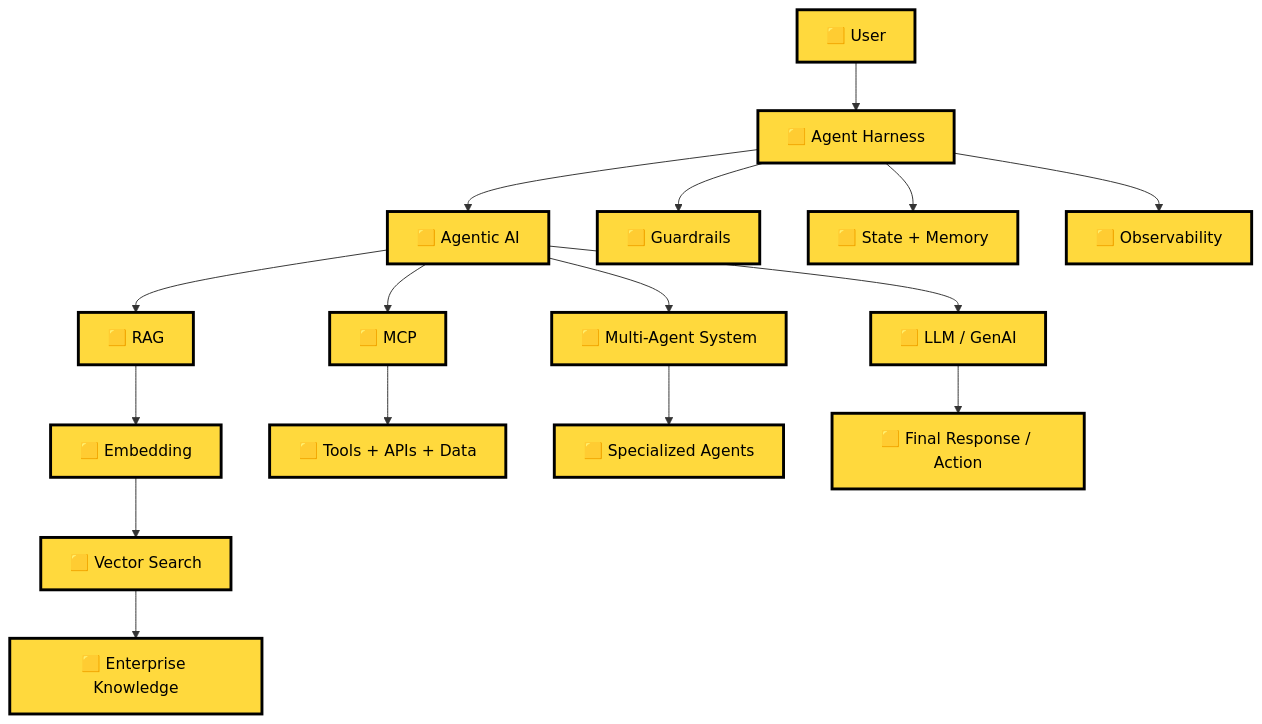
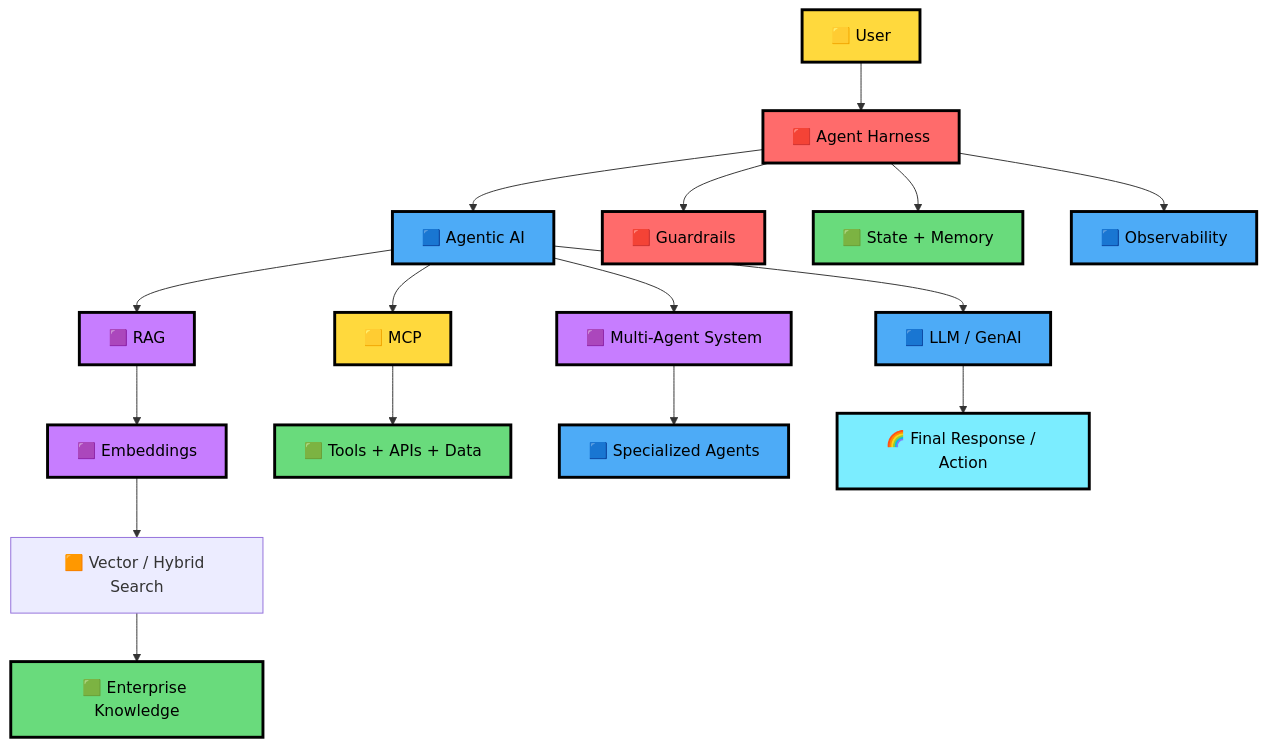
One commit to azam123/awesome-ai-engineer changed diagram 40 of 40 in GenAI-AgenticAI-MultiAgent-RAG-AgentHarness.md. Above: the diagram before and after it, drawn with Mermaid. The commit also changed other lines of this file, not shown here.

Commit message:
docs: enhance AI mental model with colorful concept flows

````diff
--- a/GenAI-AgenticAI-MultiAgent-RAG-AgentHarness.md
+++ b/GenAI-AgenticAI-MultiAgent-RAG-AgentHarness.md
@@ -4691,26 +4771,38 @@
 ```mermaid
 flowchart TD
-    A["🟨 User"] --> B["🟨 Agent Harness"]
-    B --> C["🟨 Agentic AI"]
+    A["🟨 User"] --> B["🟥 Agent Harness"]
+    B --> C["🟦 Agentic AI"]
 
-    C --> D["🟨 RAG"]
-    D --> E["🟨 Embedding"]
-    E --> F["🟨 Vector Search"]
-    F --> G["🟨 Enterprise Knowledge"]
+    C --> D["🟪 RAG"]
+    D --> E["🟪 Embeddings"]
+    E --> F["🟧 Vector / Hybrid Search"]
+    F --> G["🟩 Enterprise Knowledge"]
 
     C --> H["🟨 MCP"]
-    H --> I["🟨 Tools + APIs + Data"]
+    H --> I["🟩 Tools + APIs + Data"]
 
-    C --> J["🟨 Multi-Agent System"]
-    J --> K["🟨 Specialized Agents"]
+    C --> J["🟪 Multi-Agent System"]
+    J --> K["🟦 Specialized Agents"]
 
-    B --> L["🟨 Guardrails"]
-    B --> M["🟨 State + Memory"]
-    B --> N["🟨 Observability"]
+    B --> L["🟥 Guardrails"]
+    B --> M["🟩 State + Memory"]
+    B --> N["🟦 Observability"]
 
-    C --> O["🟨 LLM / GenAI"]
-    O --> P["🟨 Final Response / Action"]
+    C --> O["🟦 LLM / GenAI"]
+    O --> P["🌈 Final Response / Action"]
 
     classDef yellow fill:#FFD93D,color:#000,stroke:#000,stroke-width:3px;
-    class A,B,C,D,E,F,G,H,I,J,K,L,M,N,O,P yellow;
+    classDef blue fill:#4DABF7,color:#000,stroke:#000,stroke-width:3px;
+    classDef purple fill:#C77DFF,color:#000,stroke:#000,stroke-width:3px;
+    classDef green fill:#69DB7C,color:#000,stroke:#000,stroke-width:3px;
+    classDef red fill:#FF6B6B,color:#000,stroke:#000,stroke-width:3px;
+    classDef rainbow fill:#7BEDFF,color:#000,stroke:#000,stroke-width:3px;
+
+    class A,H yellow;
+    class C,K,N,O blue;
+    class D,E,J purple;
+    class G,I,M green;
+    class B,L red;
+    class F orange;
+    class P rainbow;
 ```
````
